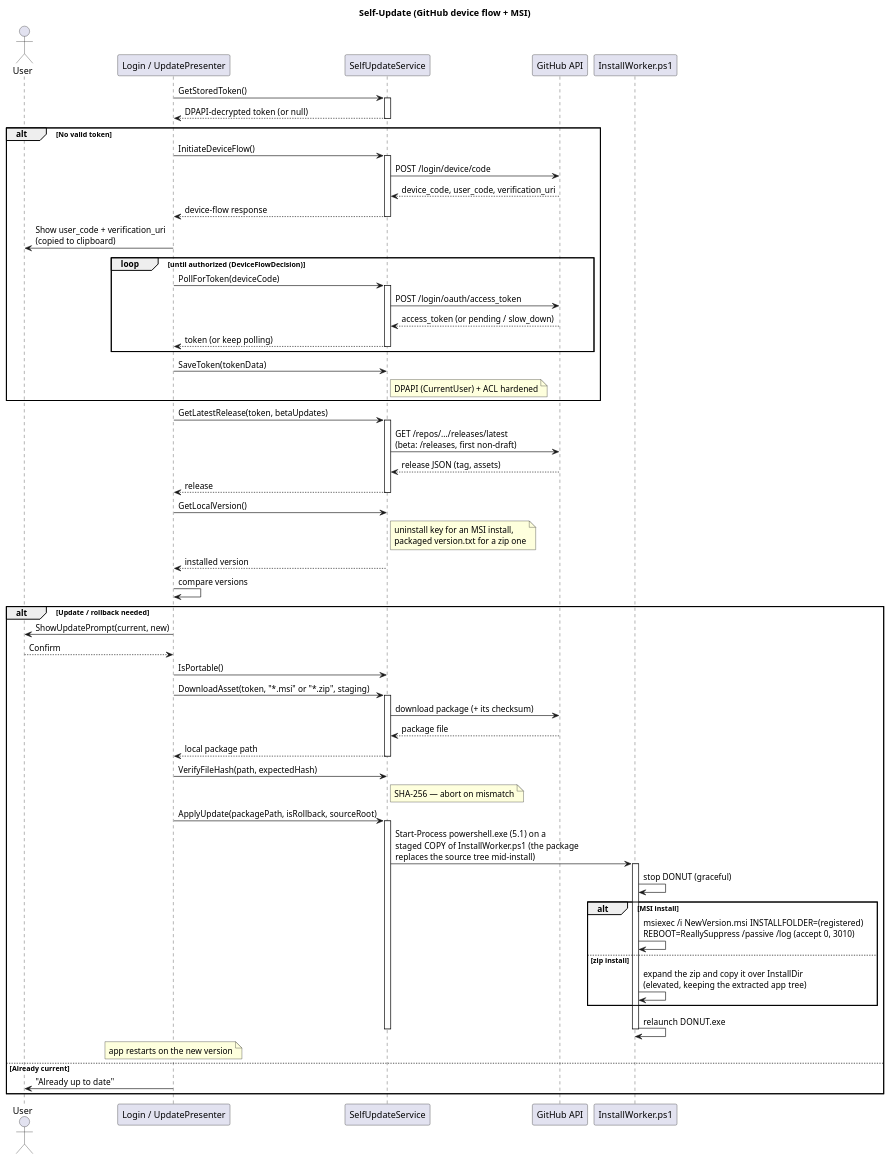
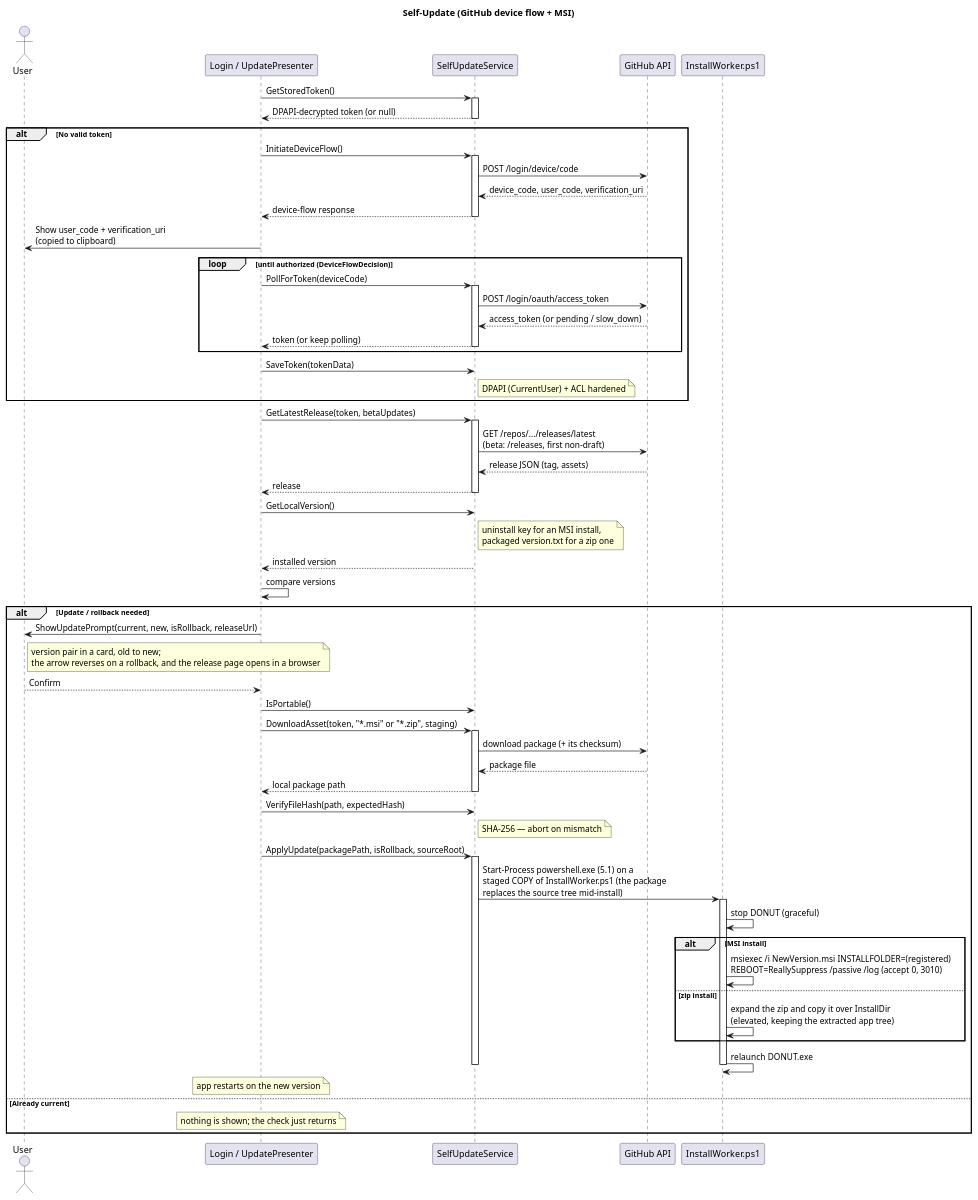
One commit to Danial-Changez/DONUT changed the diagram in docs/diagrams/update_sequence_diagram.puml. Above: the diagram before and after it, drawn with PlantUML. The commit also changed 9 other files, not shown here.

```diff
--- a/docs/diagrams/update_sequence_diagram.puml
+++ b/docs/diagrams/update_sequence_diagram.puml
@@ -1,82 +1,83 @@
 @startuml update_sequence_diagram
 title Self-Update (GitHub device flow + MSI)
 
 actor User
 participant "Login / UpdatePresenter" as Presenter
 participant "SelfUpdateService" as Service
 participant "GitHub API" as GH
 participant "InstallWorker.ps1" as Worker
 
 Presenter -> Service: GetStoredToken()
 activate Service
 Service --> Presenter: DPAPI-decrypted token (or null)
 deactivate Service
 
 alt No valid token
     Presenter -> Service: InitiateDeviceFlow()
     activate Service
     Service -> GH: POST /login/device/code
     GH --> Service: device_code, user_code, verification_uri
     Service --> Presenter: device-flow response
     deactivate Service
 
     Presenter -> User: Show user_code + verification_uri\n(copied to clipboard)
 
     loop until authorized (DeviceFlowDecision)
         Presenter -> Service: PollForToken(deviceCode)
         activate Service
         Service -> GH: POST /login/oauth/access_token
         GH --> Service: access_token (or pending / slow_down)
         Service --> Presenter: token (or keep polling)
         deactivate Service
     end
 
     Presenter -> Service: SaveToken(tokenData)
     note right of Service: DPAPI (CurrentUser) + ACL hardened
 end
 
 Presenter -> Service: GetLatestRelease(token, betaUpdates)
 activate Service
 Service -> GH: GET /repos/.../releases/latest\n(beta: /releases, first non-draft)
 GH --> Service: release JSON (tag, assets)
 Service --> Presenter: release
 deactivate Service
 
 Presenter -> Service: GetLocalVersion()
 note right of Service: uninstall key for an MSI install,\npackaged version.txt for a zip one
 Service --> Presenter: installed version
 Presenter -> Presenter: compare versions
 
 alt Update / rollback needed
-    Presenter -> User: ShowUpdatePrompt(current, new)
+    Presenter -> User: ShowUpdatePrompt(current, new, isRollback, releaseUrl)
+    note right of User: version pair in a card, old to new;\nthe arrow reverses on a rollback, and the release page opens in a browser
     User --> Presenter: Confirm
 
     Presenter -> Service: IsPortable()
     Presenter -> Service: DownloadAsset(token, "*.msi" or "*.zip", staging)
     activate Service
     Service -> GH: download package (+ its checksum)
     GH --> Service: package file
     Service --> Presenter: local package path
     deactivate Service
 
     Presenter -> Service: VerifyFileHash(path, expectedHash)
     note right of Service: SHA-256 — abort on mismatch
 
     Presenter -> Service: ApplyUpdate(packagePath, isRollback, sourceRoot)
     activate Service
     Service -> Worker: Start-Process powershell.exe (5.1) on a\nstaged COPY of InstallWorker.ps1 (the package\nreplaces the source tree mid-install)
     activate Worker
     Worker -> Worker: stop DONUT (graceful)
     alt MSI install
         Worker -> Worker: msiexec /i NewVersion.msi INSTALLFOLDER=(registered)\nREBOOT=ReallySuppress /passive /log (accept 0, 3010)
     else zip install
         Worker -> Worker: expand the zip and copy it over InstallDir\n(elevated, keeping the extracted app tree)
     end
     Worker -> Worker: relaunch DONUT.exe
     deactivate Worker
     deactivate Service
     note over Presenter: app restarts on the new version
 else Already current
-    Presenter -> User: "Already up to date"
+    note over Presenter: nothing is shown; the check just returns
 end
 @enduml
```
